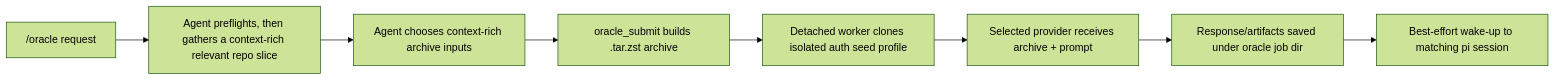
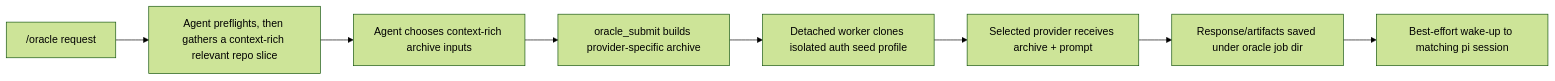
The diagram in README.md (fitchmultz/pi-oracle), drawn with Mermaid (forest theme) before and after one commit. The commit also changed other lines of this file and 12 other files, not shown here.

````diff
--- a/README.md
+++ b/README.md
@@ -143,10 +143,10 @@
 ```mermaid
 flowchart LR
     A["/oracle request"] --> B["Agent preflights, then gathers a context-rich relevant repo slice"]
     B --> C["Agent chooses context-rich archive inputs"]
-    C --> D["oracle_submit builds .tar.zst archive"]
+    C --> D["oracle_submit builds provider-specific archive"]
     D --> E["Detached worker clones isolated auth seed profile"]
     E --> F["Selected provider receives archive + prompt"]
     F --> G["Response/artifacts saved under oracle job dir"]
     G --> H["Best-effort wake-up to matching pi session"]
 ```
````
